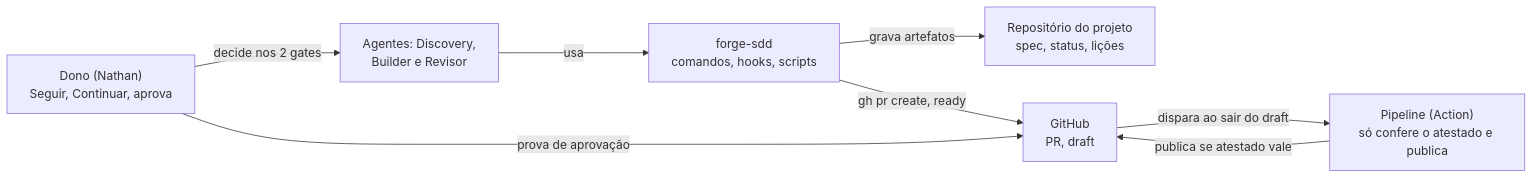
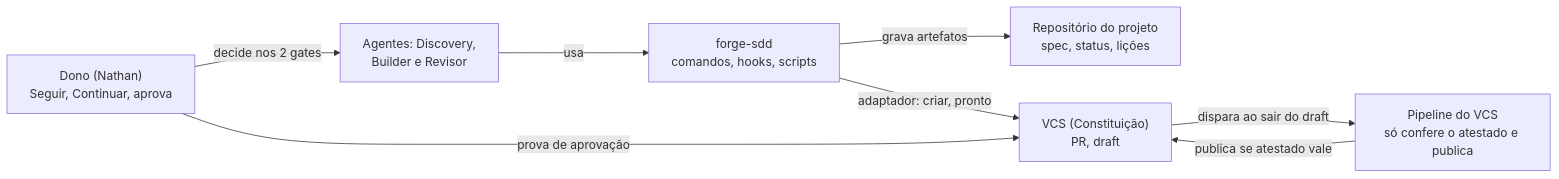
The first of 3 diagrams in sdd/discovery/106-pr-draft-revisao-e-ci/criteria.md (nathanramorim/forge-sdd), drawn with Mermaid before and after one commit. The commit also changed other lines of this file and 9 other files, not shown here.

First line of the commit message:
docs(106): política independente de VCS com adaptador lido da Constituição

````diff
--- a/sdd/discovery/106-pr-draft-revisao-e-ci/criteria.md
+++ b/sdd/discovery/106-pr-draft-revisao-e-ci/criteria.md
@@ -57,16 +59,16 @@
 ```mermaid
 flowchart LR
   H["Dono (Nathan)<br/>Seguir, Continuar, aprova"]
   A["Agentes: Discovery,<br/>Builder e Revisor"]
   F["forge-sdd<br/>comandos, hooks, scripts"]
   R["Repositório do projeto<br/>spec, status, lições"]
-  G["GitHub<br/>PR, draft"]
-  P["Pipeline (Action)<br/>só confere o atestado e publica"]
+  G["VCS (Constituição)<br/>PR, draft"]
+  P["Pipeline do VCS<br/>só confere o atestado e publica"]
   H -->|"decide nos 2 gates"| A
   A -->|"usa"| F
   F -->|"grava artefatos"| R
-  F -->|"gh pr create, ready"| G
+  F -->|"adaptador: criar, pronto"| G
   H -->|"prova de aprovação"| G
   G -->|"dispara ao sair do draft"| P
   P -->|"publica se atestado vale"| G
 ```
````
